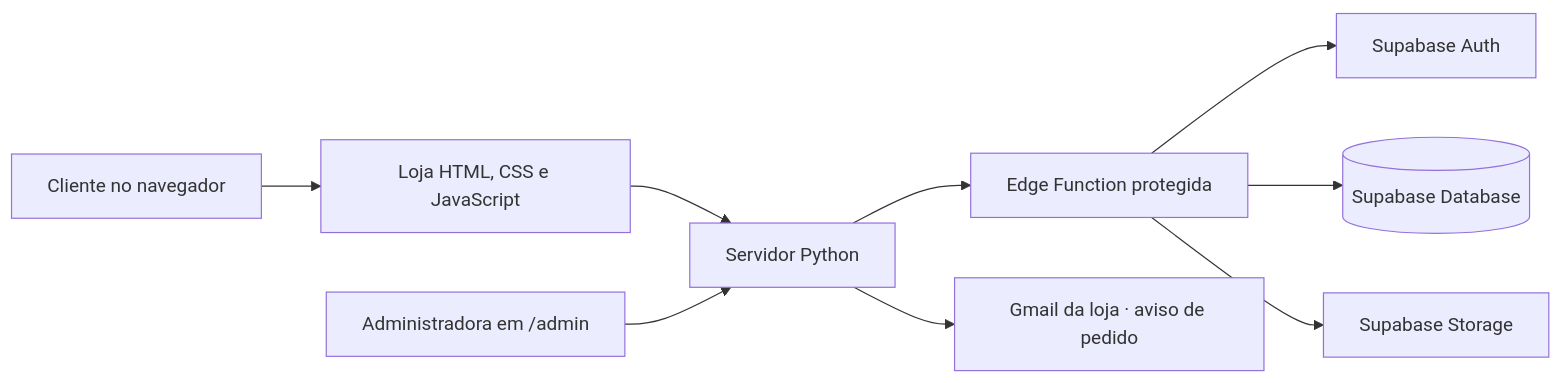
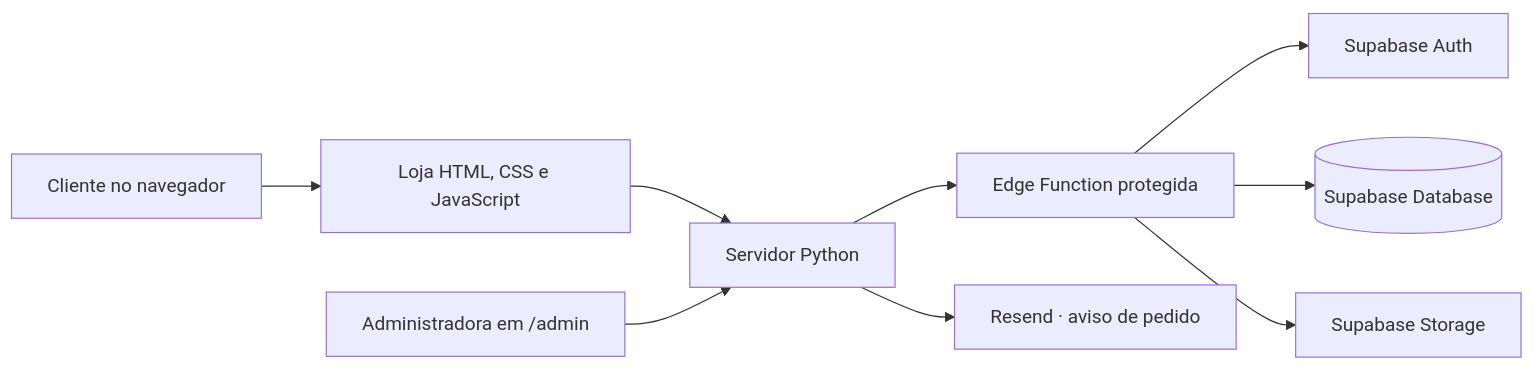
One commit to guilhermeestrela10/estrela-concept changed the diagram in README.md. Above: the diagram before and after it, drawn with Mermaid. The commit also changed other lines of this file, not shown here.

````diff
--- a/README.md
+++ b/README.md
@@ -53,11 +53,11 @@
 ```mermaid
 flowchart LR
   Cliente[Cliente no navegador] --> Loja[Loja HTML, CSS e JavaScript]
   Loja --> Servidor[Servidor Python]
   Servidor --> API[Edge Function protegida]
   API --> Auth[Supabase Auth]
   API --> Banco[(Supabase Database)]
   API --> Fotos[Supabase Storage]
-  Servidor --> Gmail[Gmail da loja · aviso de pedido]
+  Servidor --> Resend[Resend · aviso de pedido]
   Admin[Administradora em /admin] --> Servidor
 ```
````
